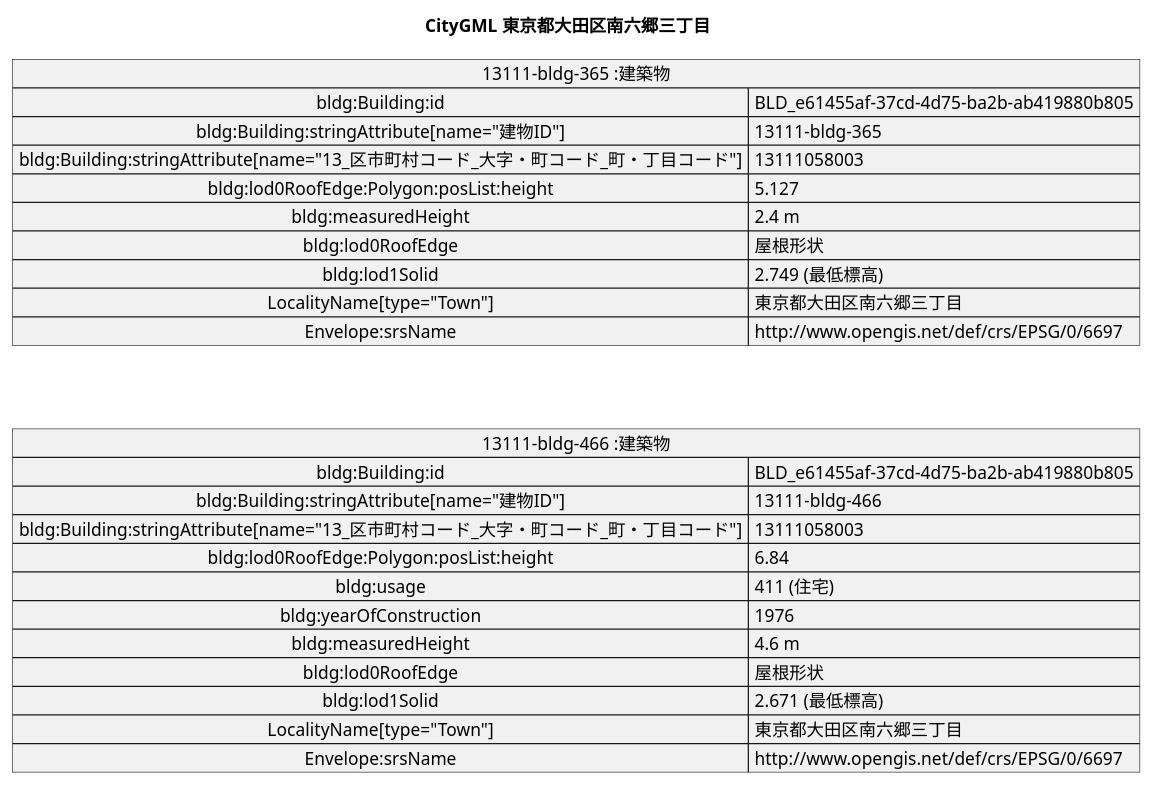
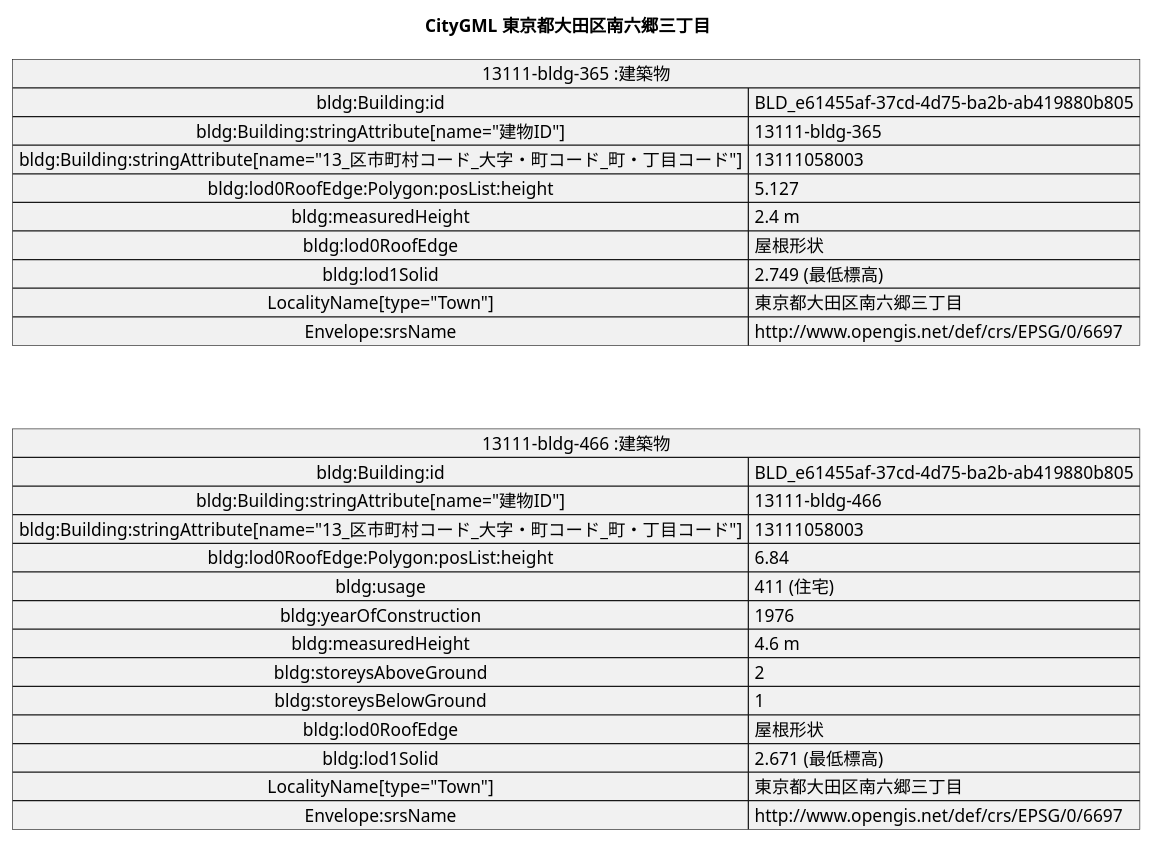
One commit to yuuhayashi/citygml-osm changed the diagram in doc/building/sample-a/sample-a-bldg-6697-gml.pu. Above: the diagram before and after it, drawn with PlantUML. The commit also changed 34 other files, not shown here.

```diff
--- a/doc/building/sample-a/sample-a-bldg-6697-gml.pu
+++ b/doc/building/sample-a/sample-a-bldg-6697-gml.pu
@@ -1,31 +1,33 @@
 @startuml
 title CityGML 東京都大田区南六郷三丁目
 
 map "13111-bldg-466 :建築物" as bldg466 {
  bldg:Building:id => BLD_e61455af-37cd-4d75-ba2b-ab419880b805
  bldg:Building:stringAttribute[name="建物ID"] => 13111-bldg-466
  bldg:Building:stringAttribute[name="13_区市町村コード_大字・町コード_町・丁目コード"] => 13111058003
  bldg:lod0RoofEdge:Polygon:posList:height => 6.84
  bldg:usage => 411 (住宅)
  bldg:yearOfConstruction => 1976
  bldg:measuredHeight => 4.6 m
+ bldg:storeysAboveGround => 2
+ bldg:storeysBelowGround => 1
  bldg:lod0RoofEdge => 屋根形状
  bldg:lod1Solid => 2.671 (最低標高)
  LocalityName[type="Town"] => 東京都大田区南六郷三丁目
  Envelope:srsName => http://www.opengis.net/def/crs/EPSG/0/6697
 }
 
 map "13111-bldg-365 :建築物" as bldg365 {
  bldg:Building:id => BLD_e61455af-37cd-4d75-ba2b-ab419880b805
  bldg:Building:stringAttribute[name="建物ID"] => 13111-bldg-365
  bldg:Building:stringAttribute[name="13_区市町村コード_大字・町コード_町・丁目コード"] => 13111058003
  bldg:lod0RoofEdge:Polygon:posList:height => 5.127
  bldg:measuredHeight => 2.4 m
  bldg:lod0RoofEdge => 屋根形状
  bldg:lod1Solid => 2.749 (最低標高)
  LocalityName[type="Town"] => 東京都大田区南六郷三丁目
  Envelope:srsName => http://www.opengis.net/def/crs/EPSG/0/6697
 }
 
 bldg365 -[hidden]- bldg466
 @enduml
```
